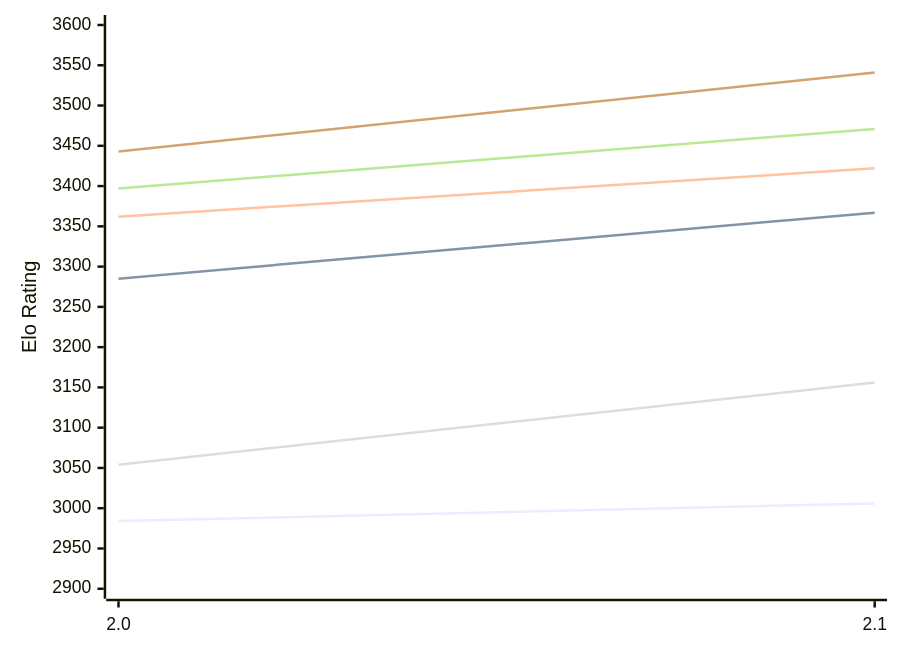
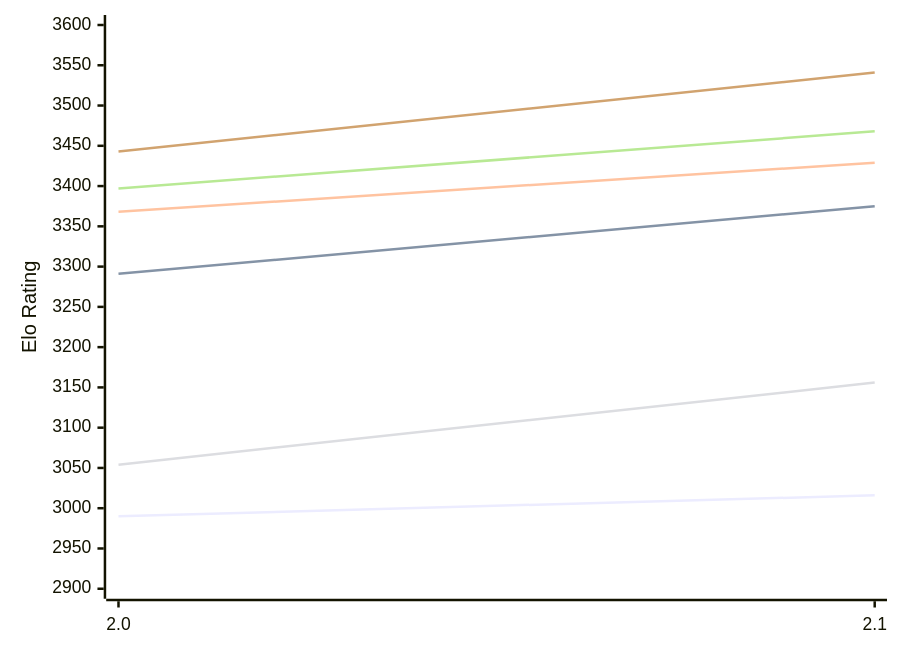
The first of 2 diagrams in engines/Onslaught.md (computer-chess-index/cci), drawn with Mermaid before and after one commit. The commit also changed other lines of this file, not shown here.

Commit message:
Update CCI Ratings (ELO VLTC) - 2026-11-10

````diff
--- a/engines/Onslaught.md
+++ b/engines/Onslaught.md
@@ -50,12 +50,12 @@
 ```mermaid
 %%{init: {"theme":"base","themeVariables":{"seriesColors:['#a3a3a3','#222221','#faa371']}}}%%
 xychart-beta
   x-axis ["2.0", "2.1"]
   y-axis "Elo Rating" 2900 --> 3600
-  line "E1: STC (8.0+0.08s)" [2984, 3006]
-  line "E1: LTC (60.0+0.60s)" [3285, 3367]
-  line "E1: VLTC (2m24s+1.12s)" [3362, 3422]
+  line "E1: STC (8.0+0.08s)" [2990, 3016]
+  line "E1: LTC (60.0+0.60s)" [3291, 3375]
+  line "E1: VLTC (2m24s+1.12s)" [3368, 3429]
   line "P1: STC (8.0+0.08s)" [3054, 3156]
-  line "P1: LTC (60.0+0.60s)" [3397, 3471]
+  line "P1: LTC (60.0+0.60s)" [3397, 3468]
   line "P1: VLTC (2m24s+1.12s)" [3443, 3541]
 ```
````
